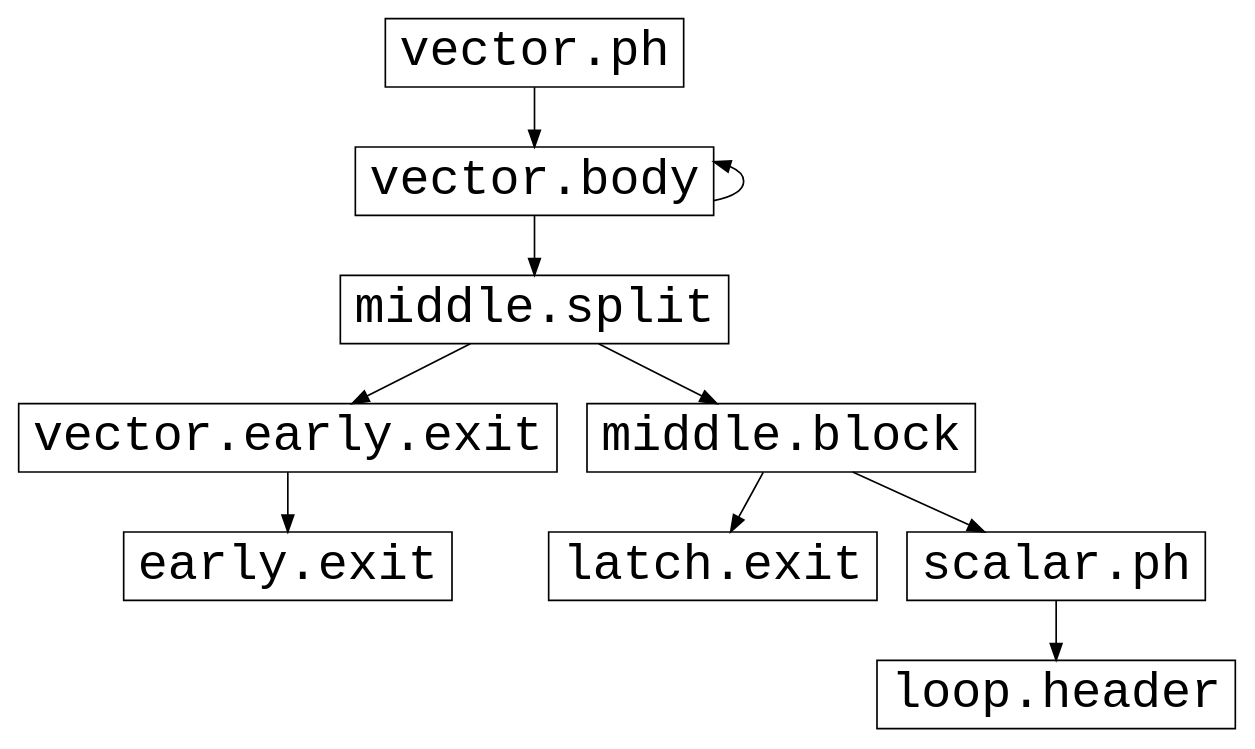
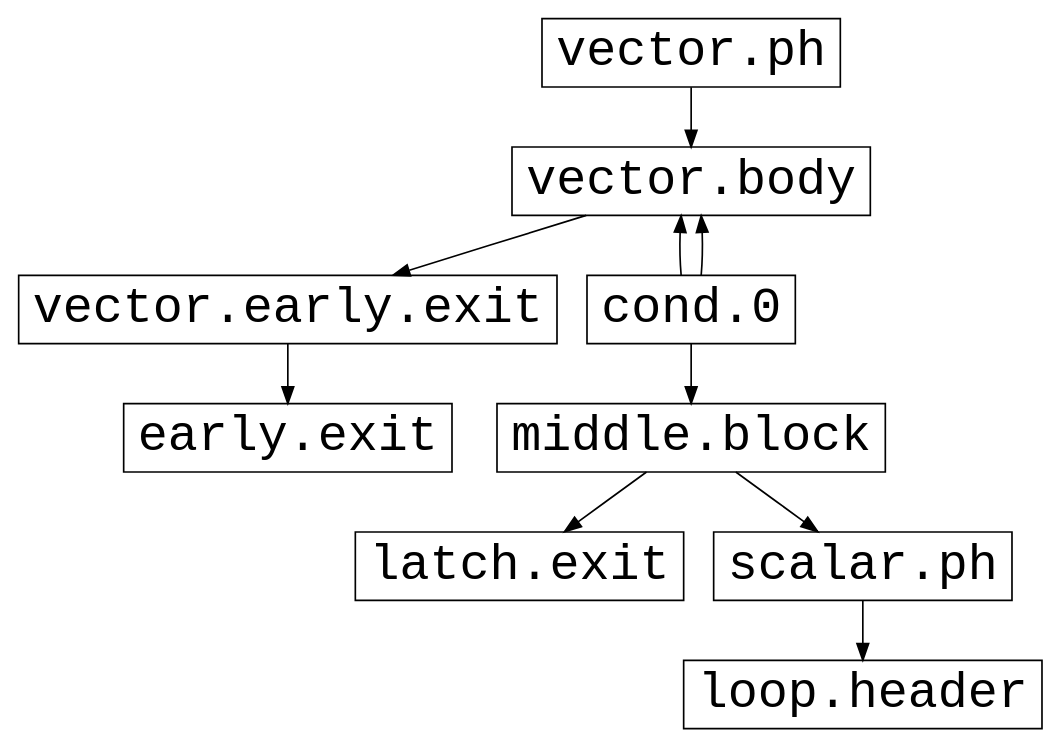
Before and after one commit to llvm/llvm-project: the diagram in llvm/docs/vplan-early-exit-lowered.dot, drawn with Graphviz. The commit also changed 13 other files, not shown here.

```diff
--- a/llvm/docs/vplan-early-exit-lowered.dot
+++ b/llvm/docs/vplan-early-exit-lowered.dot
@@ -1,40 +1,40 @@
 digraph VPlan {
 graph [labelloc=t, fontsize=30; label=""]
 node [shape=rect, fontname=Courier, fontsize=30]
 edge [fontname=Courier, fontsize=30]
 compound=true
   N1 [label =
     "vector.ph"
   ]
   N1 -> N2 [ label=""]
   N2 [label ="vector.body"]
-  N2 -> N4 [ label=""]
-  N2 -> N2 [ label="" dir=back]
+  N2 -> N5 [ label=""]
+  N2 -> N4 [ label="" dir=back]
   N4 [label =
-    "middle.split"
+    "cond.0"
   ]
-  N4 -> N5 [ label=""]
   N4 -> N7 [ label=""]
+  N4 -> N2 [ label=""]
   N5 [label =
     "vector.early.exit"
   ]
   N5 -> N6 [ label=""]
   N6 [label =
     "early.exit"
   ]
   N7 [label =
     "middle.block"
   ]
   N7 -> N10 [ label=""]
   N7 -> N8 [ label=""]
   N8 [label =
     "scalar.ph"
   ]
   N8 -> N9 [ label=""]
   N9 [label =
     "loop.header"
   ]
   N10 [label =
     "latch.exit"
   ]
 }
```
